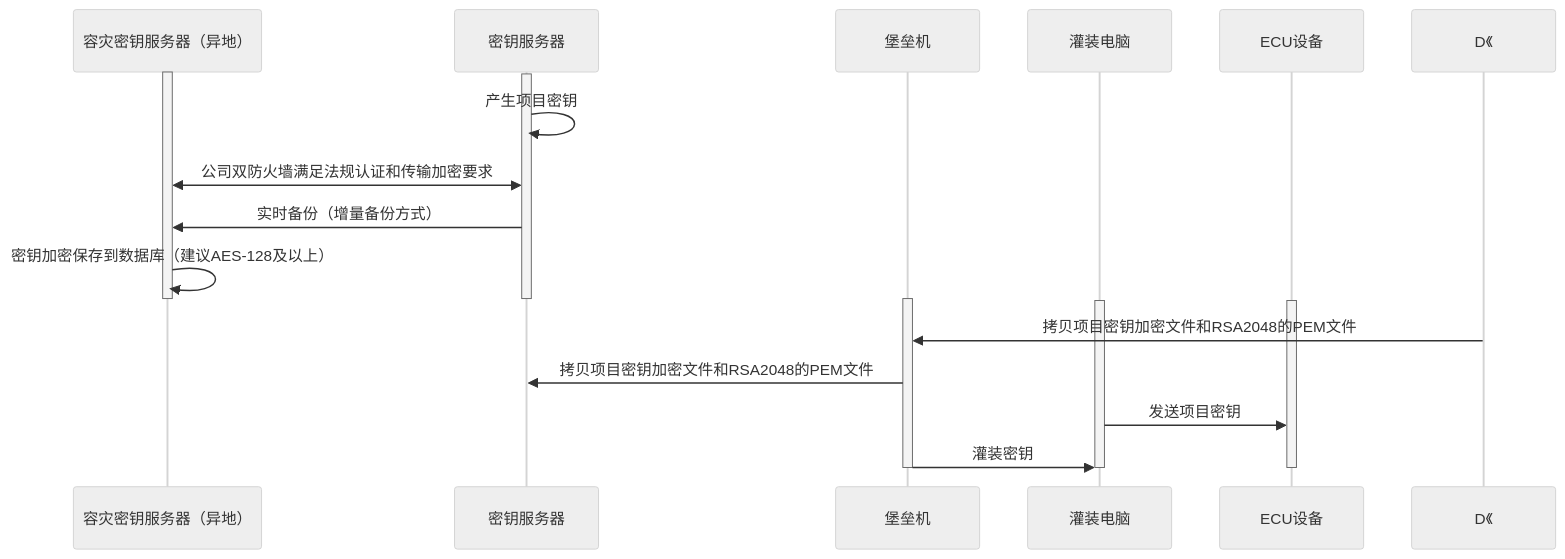
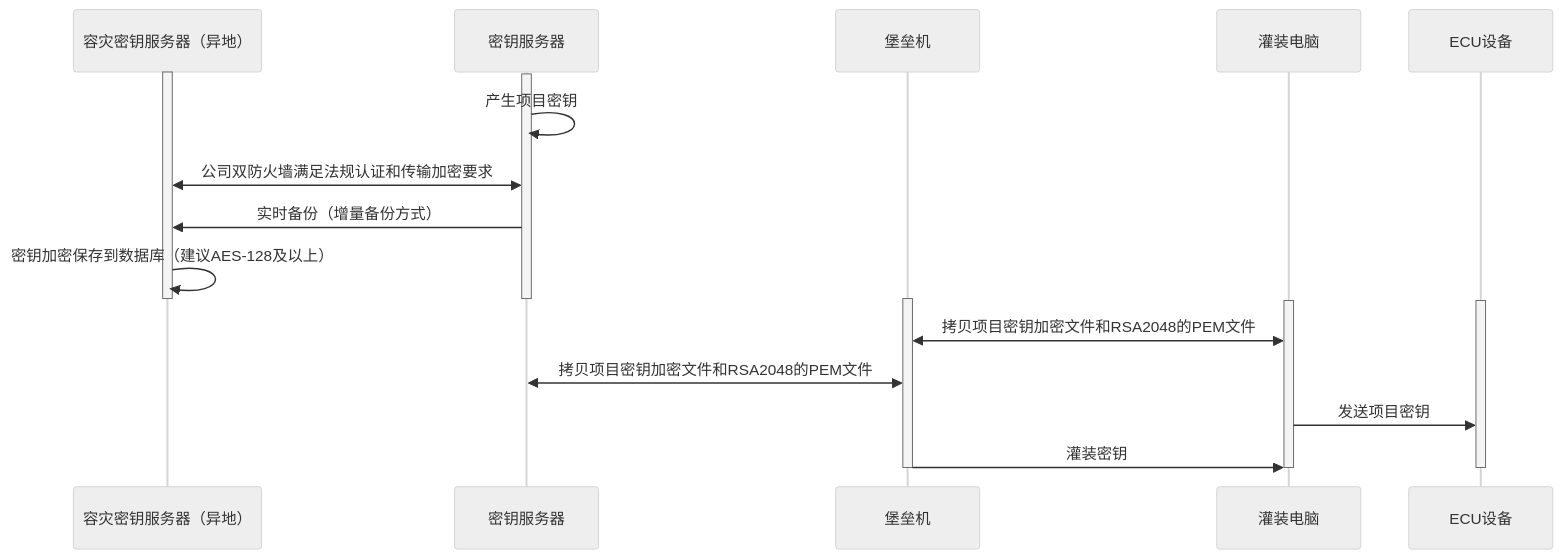
The diagram in all/未命名-15.md (facebook-cloud/iodraw-files), drawn with Mermaid (neutral theme) before and after one commit.

Commit message:
2026-02-07 10:15:23 update

````diff
--- a/all/未命名-15.md
+++ b/all/未命名-15.md
@@ -1,31 +1,31 @@
 ```mermaid
 sequenceDiagram
     participant A as 容灾密钥服务器（异地）
     participant B as 密钥服务器
     participant C as 堡垒机
     participant D as 灌装电脑
     participant E as ECU设备
 
     activate A
     activate B
     B->>B: 产生项目密钥
     A<<->>B: 公司双防火墙满足法规认证和传输加密要求
     B->>A: 实时备份（增量备份方式）
     A->>A: 密钥加密保存到数据库（建议AES-128及以上）
     deactivate B
     deactivate A
 
     activate C
     activate D
     activate E
 
-    D《->>C: 拷贝项目密钥加密文件和RSA2048的PEM文件
-    C->>B: 拷贝项目密钥加密文件和RSA2048的PEM文件
+    D<<->>C: 拷贝项目密钥加密文件和RSA2048的PEM文件
+    C<<->>B: 拷贝项目密钥加密文件和RSA2048的PEM文件
     D->>E: 发送项目密钥
     
     C->>D: 灌装密钥
     deactivate C
     deactivate D
     deactivate E
 
 ```
````
